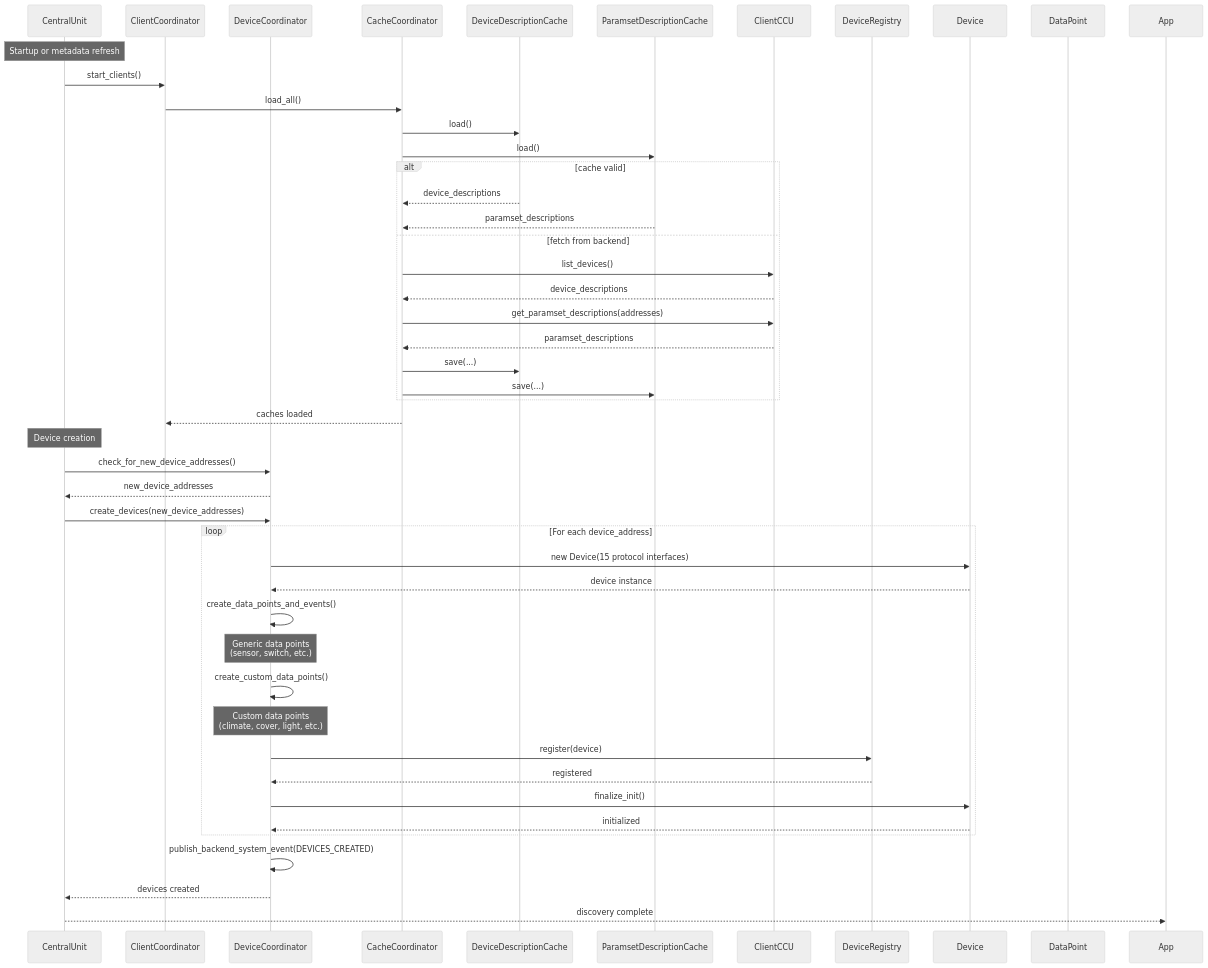
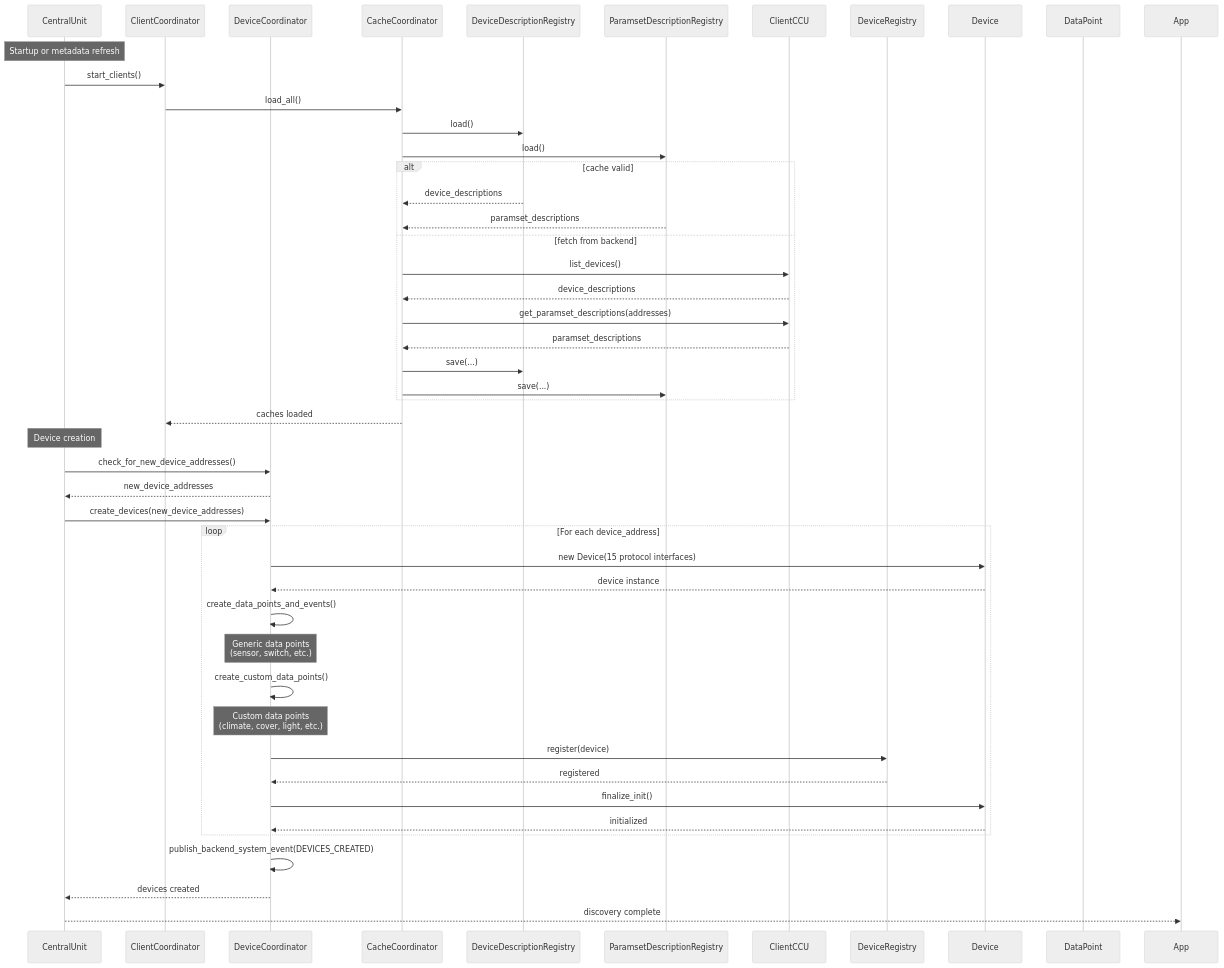
Before and after one commit to SukramJ/aiohomematic: the second of 16 diagrams in docs/sequence_diagrams.md, drawn with Mermaid (neutral theme). The commit also changed other lines of this file and 18 other files, not shown here.

````diff
--- a/docs/sequence_diagrams.md
+++ b/docs/sequence_diagrams.md
@@ -77,58 +77,58 @@
 ```mermaid
 sequenceDiagram
   participant C as CentralUnit
   participant CC as ClientCoordinator
   participant DC as DeviceCoordinator
   participant CaC as CacheCoordinator
-  participant DDC as DeviceDescriptionCache
-  participant PDC as ParamsetDescriptionCache
+  participant DDC as DeviceDescriptionRegistry
+  participant PDC as ParamsetDescriptionRegistry
   participant CX as ClientCCU
   participant DR as DeviceRegistry
   participant D as Device
   participant DP as DataPoint
 
   Note over C: Startup or metadata refresh
   C->>CC: start_clients()
   CC->>CaC: load_all()
   CaC->>DDC: load()
   CaC->>PDC: load()
 
   alt cache valid
     DDC-->>CaC: device_descriptions
     PDC-->>CaC: paramset_descriptions
   else fetch from backend
     CaC->>CX: list_devices()
     CX-->>CaC: device_descriptions
     CaC->>CX: get_paramset_descriptions(addresses)
     CX-->>CaC: paramset_descriptions
     CaC->>DDC: save(...)
     CaC->>PDC: save(...)
   end
   CaC-->>CC: caches loaded
 
   Note over C: Device creation
   C->>DC: check_for_new_device_addresses()
   DC-->>C: new_device_addresses
 
   C->>DC: create_devices(new_device_addresses)
 
   loop For each device_address
     DC->>D: new Device(15 protocol interfaces)
     D-->>DC: device instance
 
     DC->>DC: create_data_points_and_events()
     Note over DC: Generic data points<br/>(sensor, switch, etc.)
     DC->>DC: create_custom_data_points()
     Note over DC: Custom data points<br/>(climate, cover, light, etc.)
 
     DC->>DR: register(device)
     DR-->>DC: registered
 
     DC->>D: finalize_init()
     D-->>DC: initialized
   end
 
   DC->>DC: publish_backend_system_event(DEVICES_CREATED)
   DC-->>C: devices created
   C-->>App: discovery complete
 ```
````
